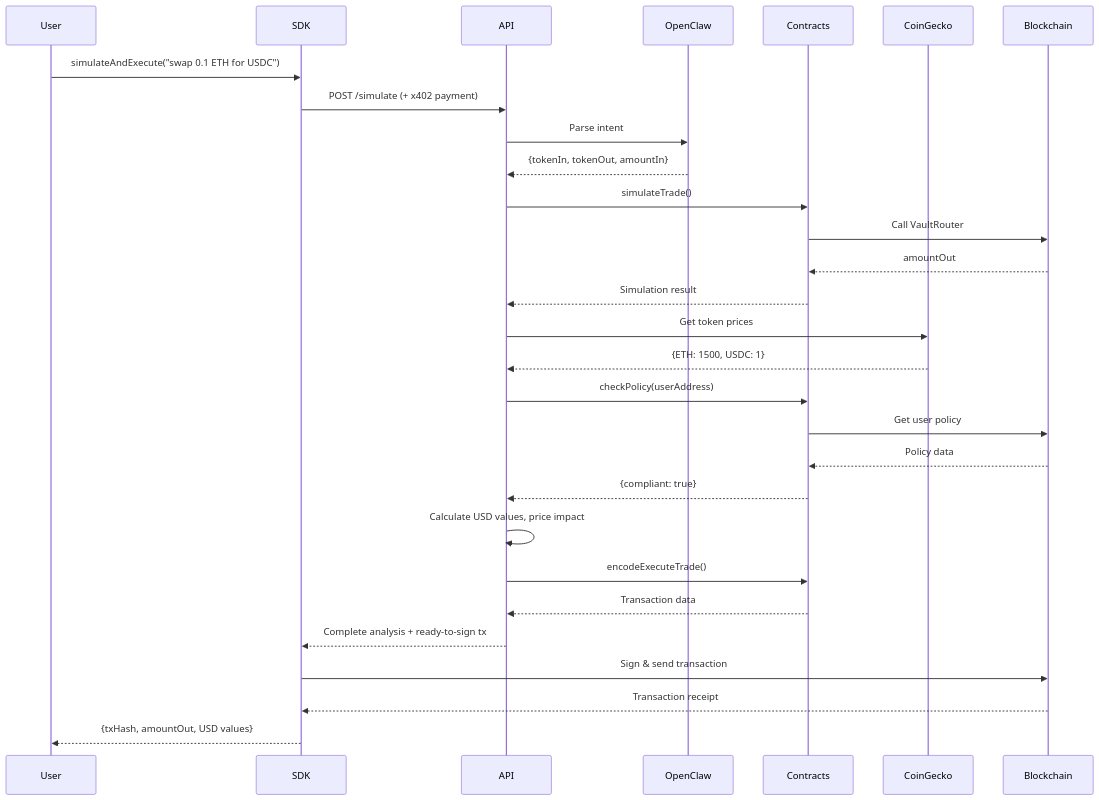
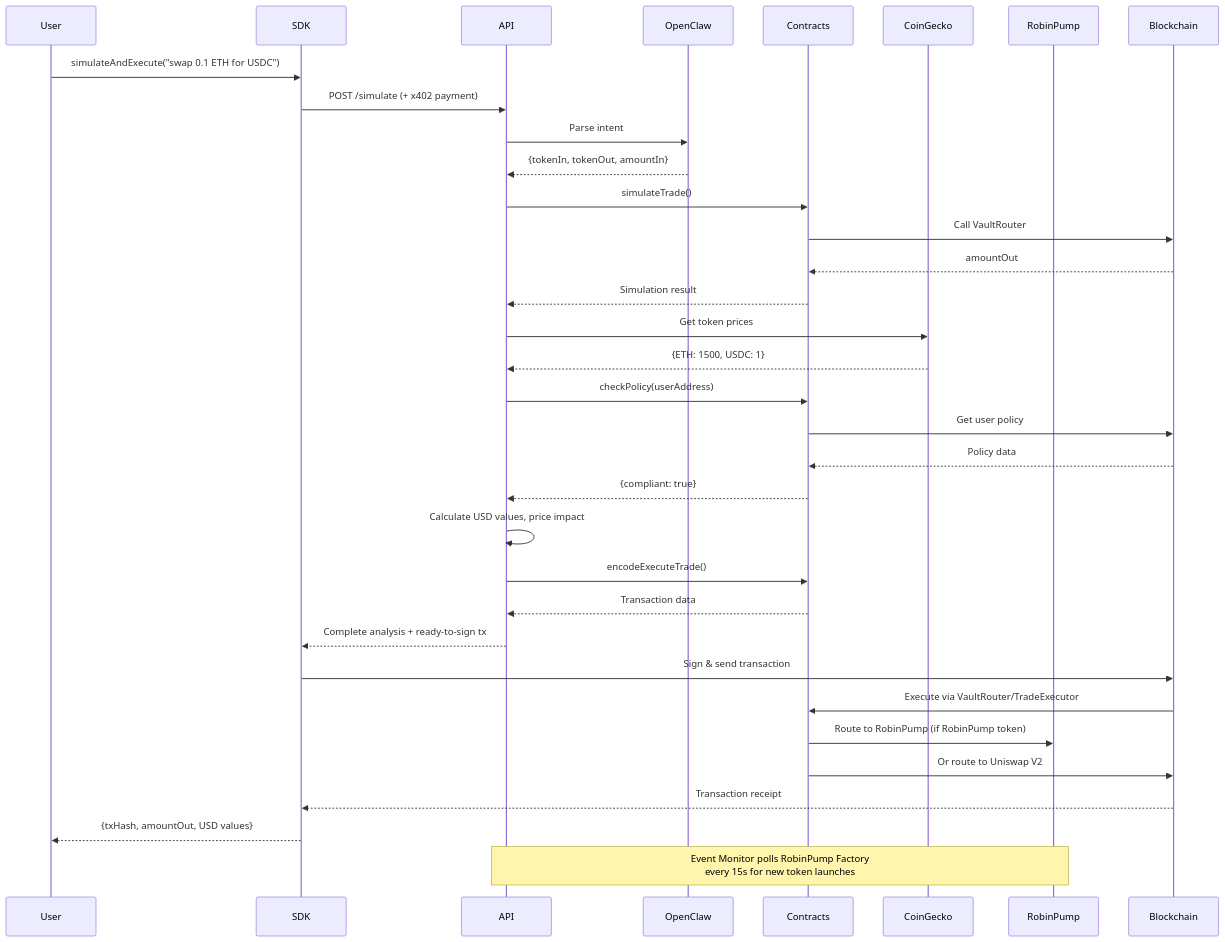
Before and after one commit to mzf11125/BluePilot: the diagram in packages/agent/ARCHITECTURE.md, drawn with Mermaid. The commit also changed other lines of this file and 3 other files, not shown here.

````diff
--- a/packages/agent/ARCHITECTURE.md
+++ b/packages/agent/ARCHITECTURE.md
@@ -5,40 +5,46 @@
 ```mermaid
 sequenceDiagram
     participant User
     participant SDK
     participant API
     participant OpenClaw
     participant Contracts
     participant CoinGecko
+    participant RobinPump
     participant Blockchain
 
     User->>SDK: simulateAndExecute("swap 0.1 ETH for USDC")
     
     SDK->>API: POST /simulate (+ x402 payment)
     API->>OpenClaw: Parse intent
     OpenClaw-->>API: {tokenIn, tokenOut, amountIn}
     
     API->>Contracts: simulateTrade()
     Contracts->>Blockchain: Call VaultRouter
     Blockchain-->>Contracts: amountOut
     Contracts-->>API: Simulation result
     
     API->>CoinGecko: Get token prices
     CoinGecko-->>API: {ETH: 1500, USDC: 1}
     
     API->>Contracts: checkPolicy(userAddress)
     Contracts->>Blockchain: Get user policy
     Blockchain-->>Contracts: Policy data
     Contracts-->>API: {compliant: true}
     
     API->>API: Calculate USD values, price impact
     API->>Contracts: encodeExecuteTrade()
     Contracts-->>API: Transaction data
     
     API-->>SDK: Complete analysis + ready-to-sign tx
     
     SDK->>Blockchain: Sign & send transaction
+    Blockchain->>Contracts: Execute via VaultRouter/TradeExecutor
+    Contracts->>RobinPump: Route to RobinPump (if RobinPump token)
+    Contracts->>Blockchain: Or route to Uniswap V2
     Blockchain-->>SDK: Transaction receipt
     
     SDK-->>User: {txHash, amountOut, USD values}
+    
+    Note over API,RobinPump: Event Monitor polls RobinPump Factory<br/>every 15s for new token launches
 ```
````
